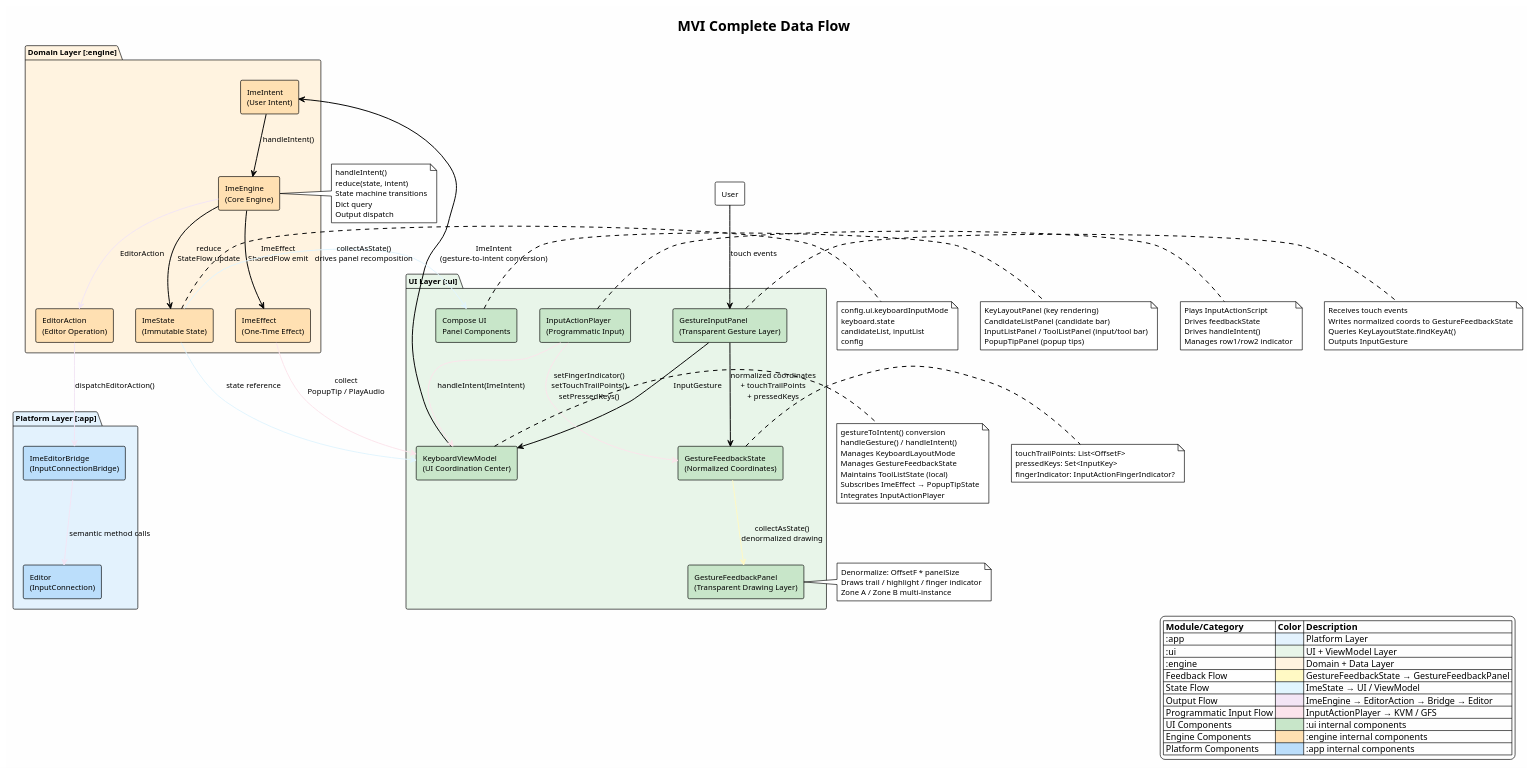
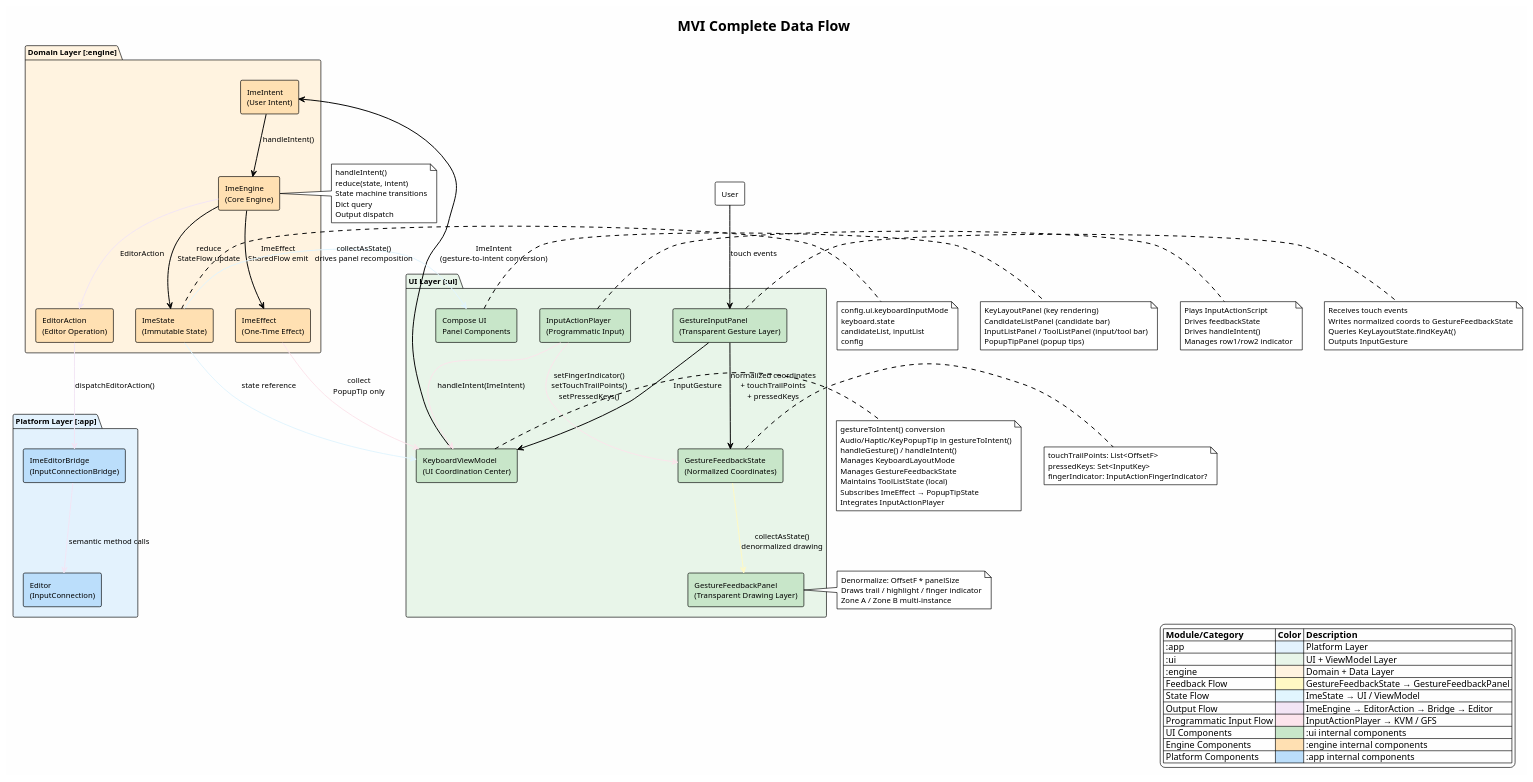
The diagram in docs/ai-agent/v4/design/diagrams/mvi-data-flow.puml (crazydan-studio/kuaizi-ime-android), drawn with PlantUML before and after one commit. The commit also changed 11 other files, not shown here.

```diff
--- a/docs/ai-agent/v4/design/diagrams/mvi-data-flow.puml
+++ b/docs/ai-agent/v4/design/diagrams/mvi-data-flow.puml
@@ -1,136 +1,137 @@
 @startuml mvi-data-flow
 allowmixing
 !theme plain
 skinparam backgroundColor #FEFEFE
 skinparam defaultFontSize 12
 skinparam arrowThickness 1.5
 
 title MVI Complete Data Flow
 
 legend right
   |= Module/Category |= Color |= Description |
   | :app | <#E3F2FD> | Platform Layer |
   | :ui | <#E8F5E9> | UI + ViewModel Layer |
   | :engine | <#FFF3E0> | Domain + Data Layer |
   | Feedback Flow | <#FFF9C4> | GestureFeedbackState → GestureFeedbackPanel |
   | State Flow | <#E1F5FE> | ImeState → UI / ViewModel |
   | Output Flow | <#F3E5F5> | ImeEngine → EditorAction → Bridge → Editor |
   | Programmatic Input Flow | <#FCE4EC> | InputActionPlayer → KVM / GFS |
   | UI Components | <#C8E6C9> | :ui internal components |
   | Engine Components | <#FFE0B2> | :engine internal components |
   | Platform Components | <#BBDEFB> | :app internal components |
 endlegend
 
 ' ===== User Gesture Input Flow (Main) =====
 
 rectangle "User" as User #FFFFFF
 
 package "UI Layer [:ui]" #E8F5E9 {
   rectangle "GestureInputPanel\n(Transparent Gesture Layer)" as GIP #C8E6C9
   rectangle "KeyboardViewModel\n(UI Coordination Center)" as KVM #C8E6C9
   rectangle "GestureFeedbackState\n(Normalized Coordinates)" as GFS #C8E6C9
   rectangle "GestureFeedbackPanel\n(Transparent Drawing Layer)" as GFP #C8E6C9
   rectangle "Compose UI\nPanel Components" as UI #C8E6C9
   rectangle "InputActionPlayer\n(Programmatic Input)" as IAP #C8E6C9
 }
 
 package "Domain Layer [:engine]" #FFF3E0 {
   rectangle "ImeEngine\n(Core Engine)" as IE #FFE0B2
   rectangle "ImeIntent\n(User Intent)" as II #FFE0B2
   rectangle "ImeState\n(Immutable State)" as IS #FFE0B2
   rectangle "ImeEffect\n(One-Time Effect)" as IEF #FFE0B2
   rectangle "EditorAction\n(Editor Operation)" as IO #FFE0B2
 }
 
 package "Platform Layer [:app]" #E3F2FD {
   rectangle "ImeEditorBridge\n(InputConnectionBridge)" as Bridge #BBDEFB
   rectangle "Editor\n(InputConnection)" as Editor #BBDEFB
 }
 
 ' ===== User Gesture Input Flow =====
 User -down-> GIP : touch events
 GIP -down-> GFS : normalized coordinates\n+ touchTrailPoints\n+ pressedKeys
 GIP -down-> KVM : InputGesture
 KVM -down-> II : ImeIntent\n(gesture-to-intent conversion)
 II -down-> IE : handleIntent()
 IE -down-> IS : reduce\nStateFlow update
 IE -down-> IEF : ImeEffect\nSharedFlow emit
 
 ' ===== Feedback Flow =====
 GFS -[#FFF9C4]-> GFP : collectAsState()\ndenormalized drawing
 
 ' ===== State Flow =====
 IS -[#E1F5FE]-> UI : collectAsState()\ndrives panel recomposition
 IS -[#E1F5FE]-> KVM : state reference
 
 ' ===== Effect Flow =====
-IEF -[#FCE4EC]-> KVM : collect\nPopupTip / PlayAudio
+IEF -[#FCE4EC]-> KVM : collect\nPopupTip only
 
 ' ===== Output Flow =====
 IE -[#F3E5F5]-> IO : EditorAction
 IO -[#F3E5F5]-> Bridge : dispatchEditorAction()
 Bridge -[#F3E5F5]-> Editor : semantic method calls
 
 ' ===== Programmatic Input Flow =====
 IAP -[#FCE4EC]-> KVM : handleIntent(ImeIntent)
 IAP -[#FCE4EC]-> GFS : setFingerIndicator()\nsetTouchTrailPoints()\nsetPressedKeys()
 
 note right of GIP
   Receives touch events
   Writes normalized coords to GestureFeedbackState
   Queries KeyLayoutState.findKeyAt()
   Outputs InputGesture
 end note
 
 note right of KVM
   gestureToIntent() conversion
+  Audio/Haptic/KeyPopupTip in gestureToIntent()
   handleGesture() / handleIntent()
   Manages KeyboardLayoutMode
   Manages GestureFeedbackState
   Maintains ToolListState (local)
   Subscribes ImeEffect → PopupTipState
   Integrates InputActionPlayer
 end note
 
 note right of GFS
   touchTrailPoints: List<OffsetF>
   pressedKeys: Set<InputKey>
   fingerIndicator: InputActionFingerIndicator?
 end note
 
 note right of GFP
   Denormalize: OffsetF * panelSize
   Draws trail / highlight / finger indicator
   Zone A / Zone B multi-instance
 end note
 
 note right of UI
   KeyLayoutPanel (key rendering)
   CandidateListPanel (candidate bar)
   InputListPanel / ToolListPanel (input/tool bar)
   PopupTipPanel (popup tips)
 end note
 
 note right of IAP
   Plays InputActionScript
   Drives feedbackState
   Drives handleIntent()
   Manages row1/row2 indicator
 end note
 
 note right of IE
   handleIntent()
   reduce(state, intent)
   State machine transitions
   Dict query
   Output dispatch
 end note
 
 note right of IS
   config.ui.keyboardInputMode
   keyboard.state
   candidateList, inputList
   config
 end note
 
 @enduml
```
